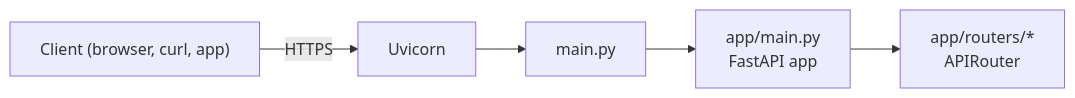
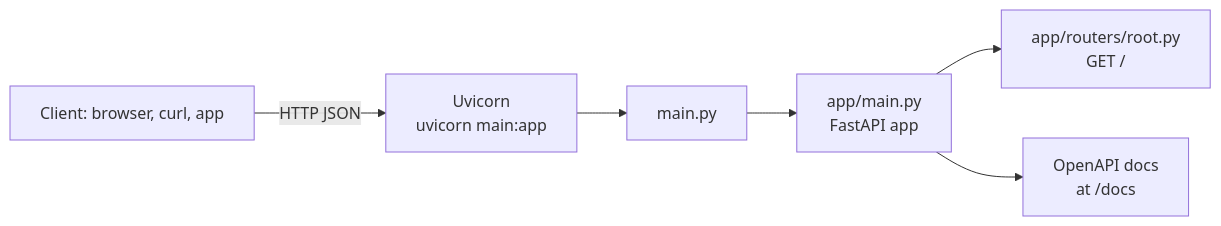
Before and after one commit to light-cloud-com/templates: the diagram in starters/starter-fastapi/README.md, drawn with Mermaid. The commit also changed other lines of this file and 2 other files, not shown here.

First line of the commit message:
README: FastAPI Python REST API starter landing page

````diff
--- a/starters/starter-fastapi/README.md
+++ b/starters/starter-fastapi/README.md
@@ -28,7 +106,8 @@
 ```mermaid
 flowchart LR
-    client["Client (browser, curl, app)"] -->|HTTPS| uvicorn["Uvicorn"]
+    client["Client: browser, curl, app"] -->|HTTP JSON| uvicorn["Uvicorn<br/>uvicorn main:app"]
     uvicorn --> main["main.py"]
     main --> app["app/main.py<br/>FastAPI app"]
-    app --> routers["app/routers/*<br/>APIRouter"]
+    app --> routers["app/routers/root.py<br/>GET /"]
+    app --> docs["OpenAPI docs<br/>at /docs"]
 ```
````
